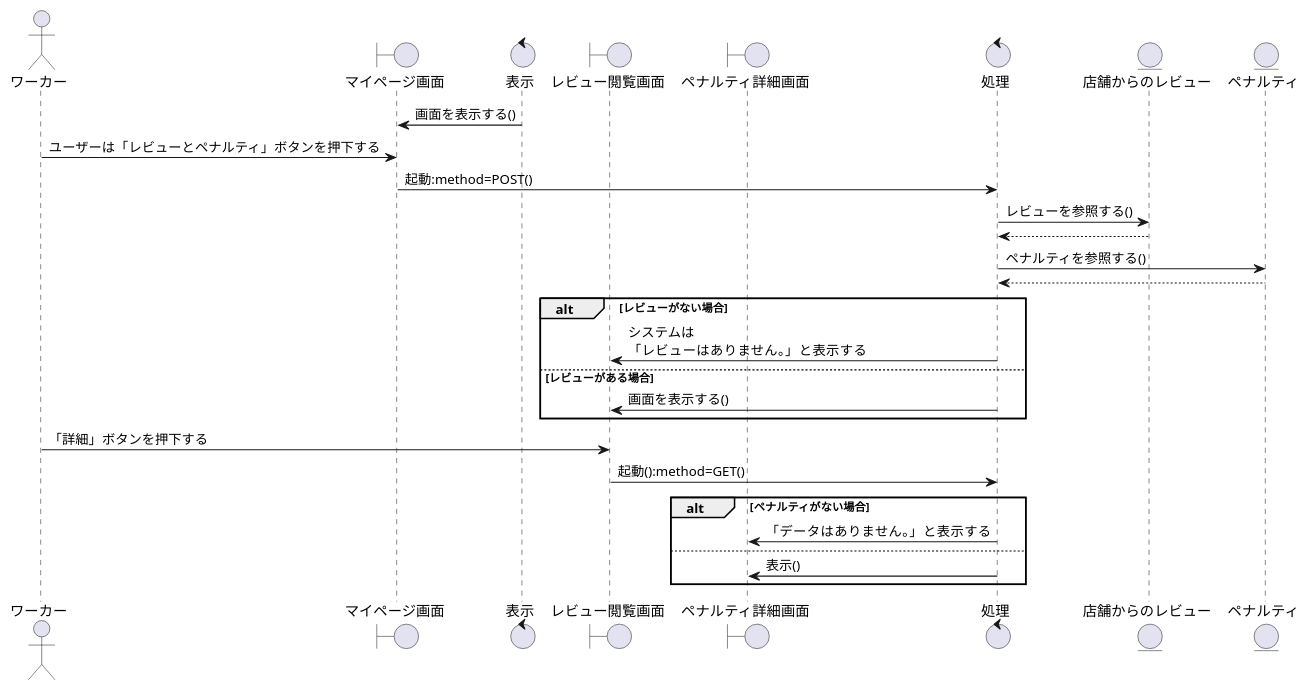
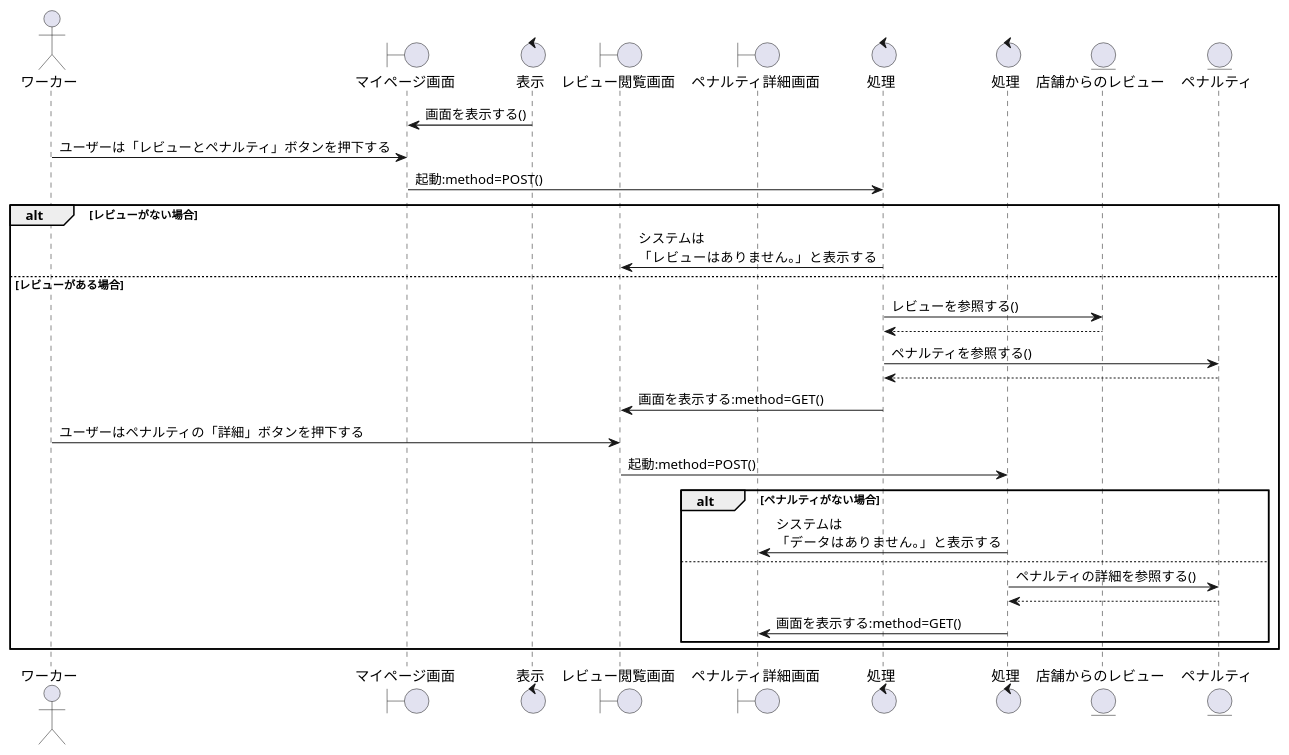
One commit to irukacb256/high_Me changed the diagram in sequence_fig/7_acconts_fn/07_レビューとペナルティを閲覧する.pu. Above: the diagram before and after it, drawn with PlantUML. The commit also changed 13 other files, not shown here.

```diff
--- a/sequence_fig/7_acconts_fn/07_レビューとペナルティを閲覧する.pu
+++ b/sequence_fig/7_acconts_fn/07_レビューとペナルティを閲覧する.pu
@@ -1,42 +1,45 @@
 @startuml レビューとペナルティを閲覧する
 
 actor ワーカー as wo1
 
 boundary マイページ画面 as bo1
 control 表示 as co1
 boundary レビュー閲覧画面 as bo2
 boundary ペナルティ詳細画面 as bo3
 
 control 処理 as co2
+control 処理 as co3
 
 entity 店舗からのレビュー as en1
 entity ペナルティ as en2
 
 co1 -> bo1:画面を表示する()
 wo1 -> bo1:ユーザーは「レビューとペナルティ」ボタンを押下する
 bo1 -> co2:起動:method=POST()
-co2 -> en1: レビューを参照する()
-en1 --> co2
-co2 -> en2: ペナルティを参照する()
-co2 <-- en2
 
 alt レビューがない場合
     co2 -> bo2:システムは\n「レビューはありません。」と表示する
 
 else レビューがある場合
-    co2 -> bo2:画面を表示する()
+    co2 -> en1: レビューを参照する()
+    en1 --> co2
+    co2 -> en2: ペナルティを参照する()
+    co2 <-- en2
+    co2 -> bo2:画面を表示する:method=GET()
 
-end
+    wo1 -> bo2:ユーザーはペナルティの「詳細」ボタンを押下する
+    bo2 -> co3:起動:method=POST()
 
-wo1 -> bo2:「詳細」ボタンを押下する
-bo2 -> co2:起動():method=GET()
+    alt ペナルティがない場合
+        co3 -> bo3:システムは\n「データはありません。」と表示する
 
-alt ペナルティがない場合
-    co2 -> bo3:「データはありません。」と表示する
+    else
+        co3 -> en2: ペナルティの詳細を参照する()
+        co3 <-- en2
+        co3 -> bo3:画面を表示する:method=GET()
 
-else
-    co2 -> bo3:表示()
+    end
     
 end
 
 @enduml
```
